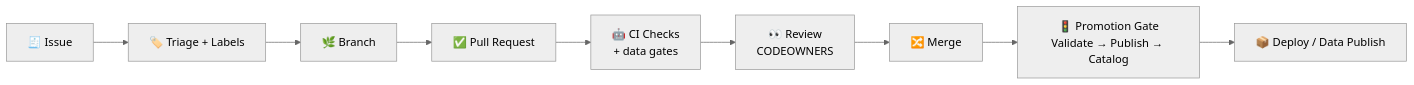
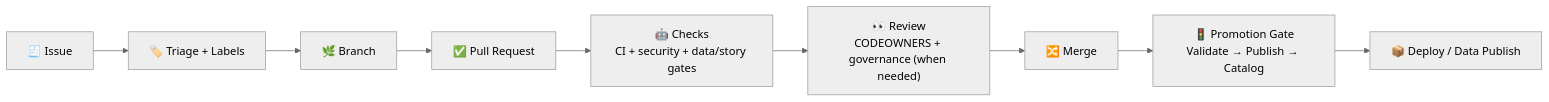
Before and after one commit to bartytime4life/Kansas-Frontier-Matrix: the second of 3 diagrams in .github/README.md, drawn with Mermaid (neutral theme). The commit also changed other lines of this file, not shown here.

````diff
--- a/.github/README.md
+++ b/.github/README.md
@@ -105,11 +181,11 @@
 ```mermaid
 flowchart LR
-  I["🧾 Issue"] --> T["🏷️ Triage + Labels"];
-  T --> B["🌿 Branch"];
-  B --> P["✅ Pull Request"];
-  P --> C["🤖 CI Checks<br/>+ data gates"];
-  C --> R["👀 Review<br/>CODEOWNERS"];
-  R --> M["🔀 Merge"];
-  M --> G["🚦 Promotion Gate<br/>Validate → Publish → Catalog"];
-  G --> D["📦 Deploy / Data Publish"];
+  I["🧾 Issue"] --> T["🏷️ Triage + Labels"]
+  T --> B["🌿 Branch"]
+  B --> P["✅ Pull Request"]
+  P --> C["🤖 Checks<br/>CI + security + data/story gates"]
+  C --> R["👀 Review<br/>CODEOWNERS + governance (when needed)"]
+  R --> M["🔀 Merge"]
+  M --> G["🚦 Promotion Gate<br/>Validate → Publish → Catalog"]
+  G --> D["📦 Deploy / Data Publish"]
 ```
````
